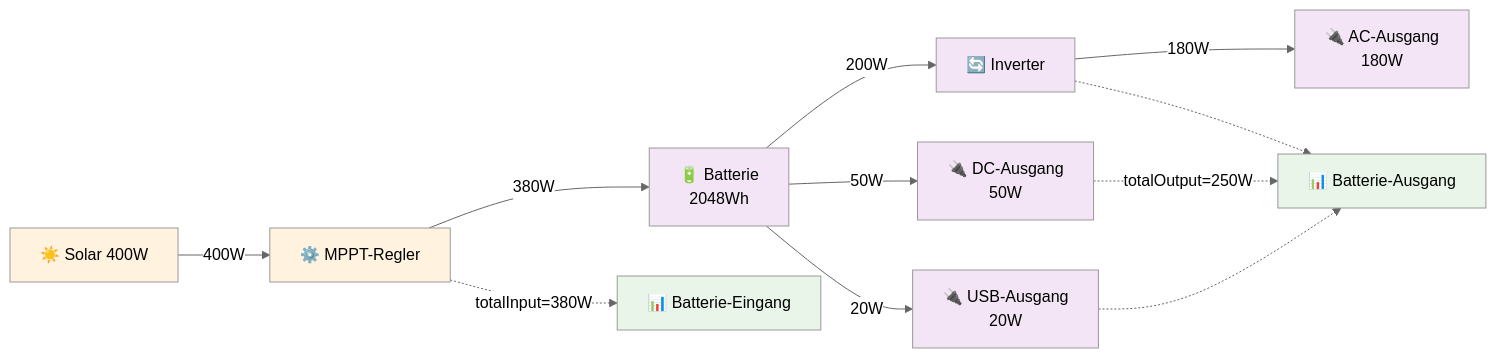
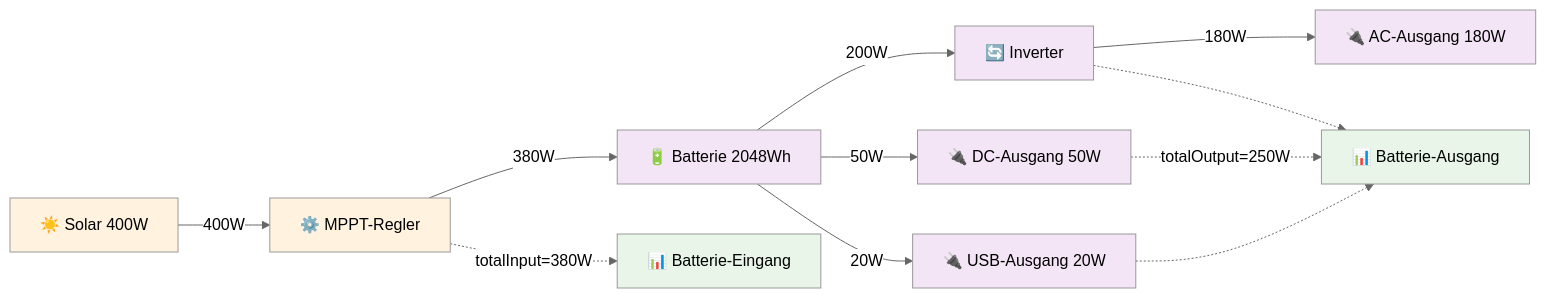
One commit to tkaufmann/fossibot-ipsymcon changed the second of 4 diagrams in README.md. Above: the diagram before and after it, drawn with Mermaid (neutral theme). The commit also changed other lines of this file, not shown here.

First line of the commit message:
Fix: Entferne alle \n Zeichen aus Mermaid-Diagrammen

````diff
--- a/README.md
+++ b/README.md
@@ -183,26 +183,26 @@
 ```mermaid
 flowchart LR
     Solar[☀️ Solar 400W] -->|400W| MPPT[⚙️ MPPT-Regler]
-    MPPT -->|380W| Battery[🔋 Batterie\n2048Wh]
+    MPPT -->|380W| Battery[🔋 Batterie 2048Wh]
     
     Battery -->|200W| Inverter[🔄 Inverter]
-    Battery -->|50W| DCOut[🔌 DC-Ausgang\n50W]
-    Battery -->|20W| USBOut[🔌 USB-Ausgang\n20W]
+    Battery -->|50W| DCOut[🔌 DC-Ausgang 50W]
+    Battery -->|20W| USBOut[🔌 USB-Ausgang 20W]
     
-    Inverter -->|180W| ACOut[🔌 AC-Ausgang\n180W]
+    Inverter -->|180W| ACOut[🔌 AC-Ausgang 180W]
     
     %% MQTT Register Mapping
     MPPT -.->|totalInput=380W| MQTT1[📊 Batterie-Eingang]
     DCOut -.->|totalOutput=250W| MQTT2[📊 Batterie-Ausgang]
     USBOut -.-> MQTT2
     Inverter -.-> MQTT2
     
     %% Styling
     classDef power fill:#fff3e0
     classDef device fill:#f3e5f5
     classDef mqtt fill:#e8f5e8
     
     class Solar,MPPT power
     class ACOut,DCOut,USBOut,Battery,Inverter device
     class MQTT1,MQTT2 mqtt
 ```
````
